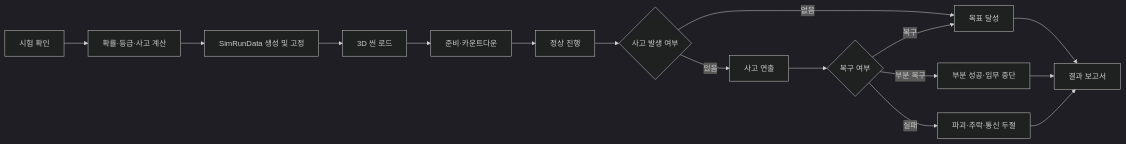
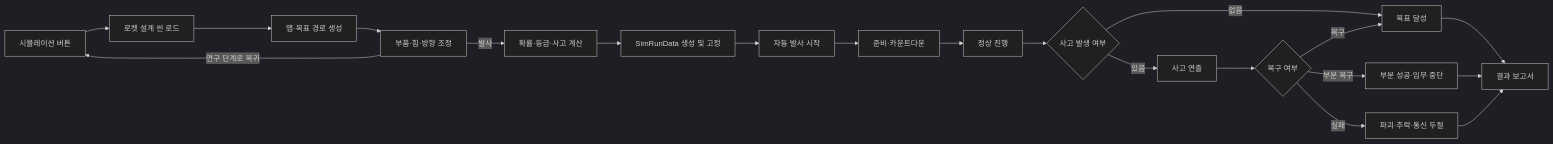
One commit to NHNAI-26/2026NHNAI changed the diagram in docs/artemis-2026-gdd/06_자동_3D_시뮬레이션_공통설계.md. Above: the diagram before and after it, drawn with Mermaid (dark theme). The commit also changed other lines of this file and 18 other files, not shown here.

````diff
--- a/docs/artemis-2026-gdd/06_자동_3D_시뮬레이션_공통설계.md
+++ b/docs/artemis-2026-gdd/06_자동_3D_시뮬레이션_공통설계.md
@@ -19,18 +25,22 @@
 ```mermaid
 flowchart LR
-    A[시험 확인] --> B[확률·등급·사고 계산]
-    B --> C[SimRunData 생성 및 고정]
-    C --> D[3D 씬 로드]
-    D --> E[준비·카운트다운]
-    E --> F[정상 진행]
-    F --> G{사고 발생 여부}
+    A[시뮬레이션 버튼] --> B[로켓 설계 씬 로드]
+    B --> C[맵·목표 경로 생성]
+    C --> D[부품·힘·방향 조정]
+    D -->|연구 단계로 복귀| A
+    D -->|발사| E[확률·등급·사고 계산]
+    E --> R[SimRunData 생성 및 고정]
+    R --> F[자동 발사 시작]
+    F --> E2[준비·카운트다운]
+    E2 --> N[정상 진행]
+    N --> G{사고 발생 여부}
     G -->|없음| H[목표 달성]
     G -->|있음| I[사고 연출]
     I --> J{복구 여부}
     J -->|복구| H
     J -->|부분 복구| K[부분 성공·임무 중단]
     J -->|실패| L[파괴·추락·통신 두절]
     H --> M[결과 보고서]
     K --> M
     L --> M
 ```
````
